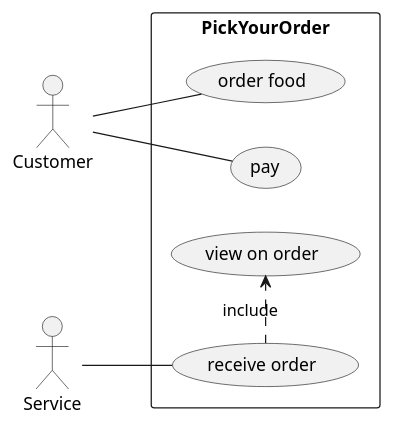
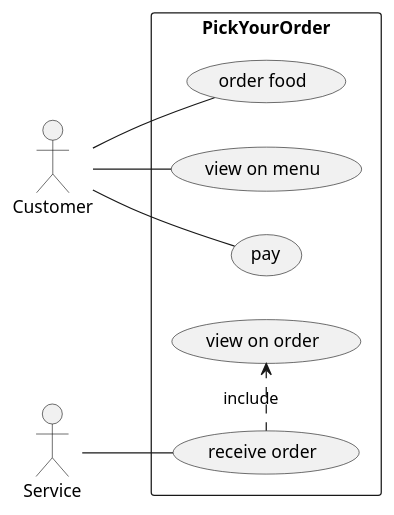
One commit to 2223-3bhif-syp/02-projekte-restaurant-bestellsystem changed the diagram in asciidocs/plantuml/ucd.puml. Above: the diagram before and after it, drawn with PlantUML. The commit also changed 1 other file, not shown here.

```diff
--- a/asciidocs/plantuml/ucd.puml
+++ b/asciidocs/plantuml/ucd.puml
@@ -1,20 +1,22 @@
 @startuml
 left to right direction
 
 actor "Customer" as c
 actor "Service" as s
 
 rectangle PickYourOrder {
 usecase "order food" as o
+usecase "view on menu" as m
 usecase "receive order" as r
 usecase "view on order" as v
 usecase "pay" as p
 }
 
+c -- m
 c -- p
 c -- o
 s -- r
 
 
 r .> v : include
 @enduml
```
